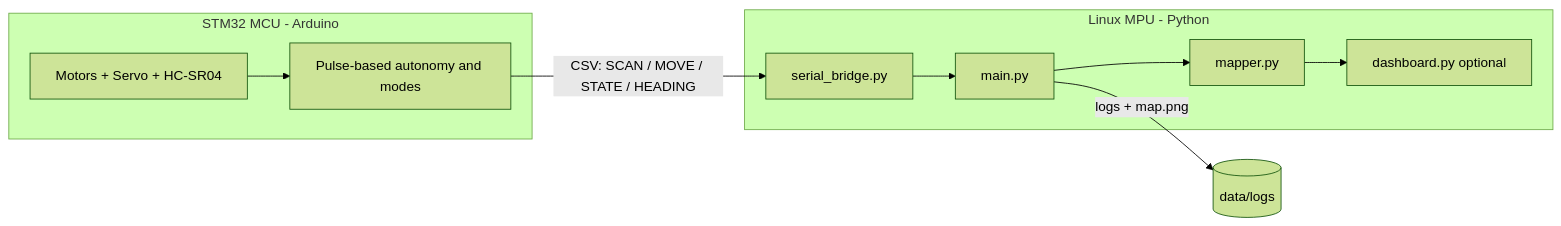
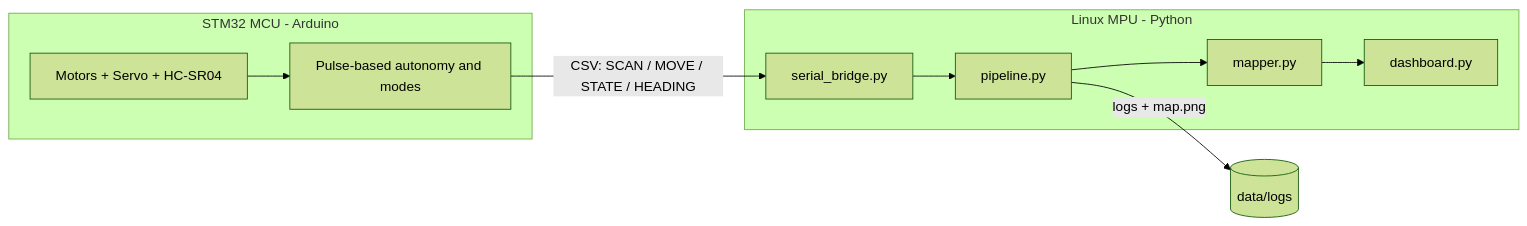
Before and after one commit to vdanielb/Recon_Drone: the diagram in README.md, drawn with Mermaid (forest theme). The commit also changed other lines of this file and 9 other files, not shown here.

````diff
--- a/README.md
+++ b/README.md
@@ -86,17 +86,17 @@
 ```mermaid
 flowchart LR
   subgraph MCU [STM32 MCU - Arduino]
     hw[Motors + Servo + HC-SR04]
     auto[Pulse-based autonomy and modes]
     hw --> auto
   end
   subgraph LIN [Linux MPU - Python]
     bridge[serial_bridge.py]
-    app[main.py]
+    app[pipeline.py]
     map[mapper.py]
-    dash[dashboard.py optional]
+    dash[dashboard.py]
     bridge --> app --> map --> dash
   end
   auto -->|"CSV: SCAN / MOVE / STATE / HEADING"| bridge
   app -->|logs + map.png| logs[(data/logs)]
 ```
````
